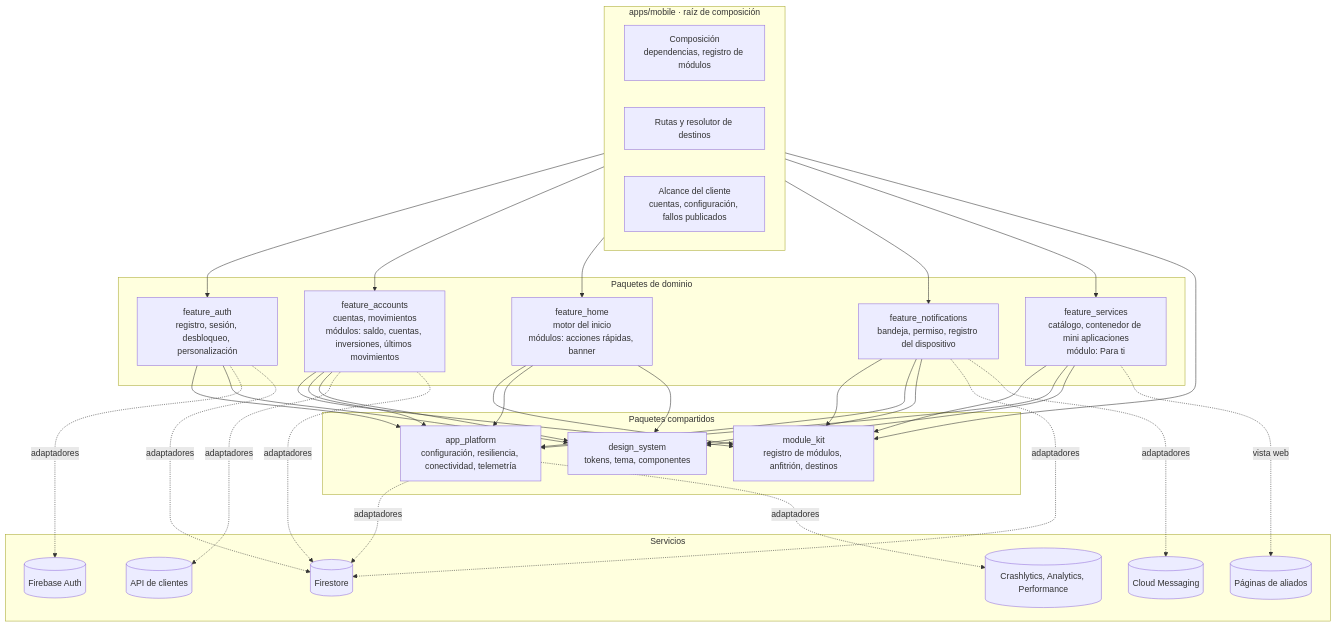
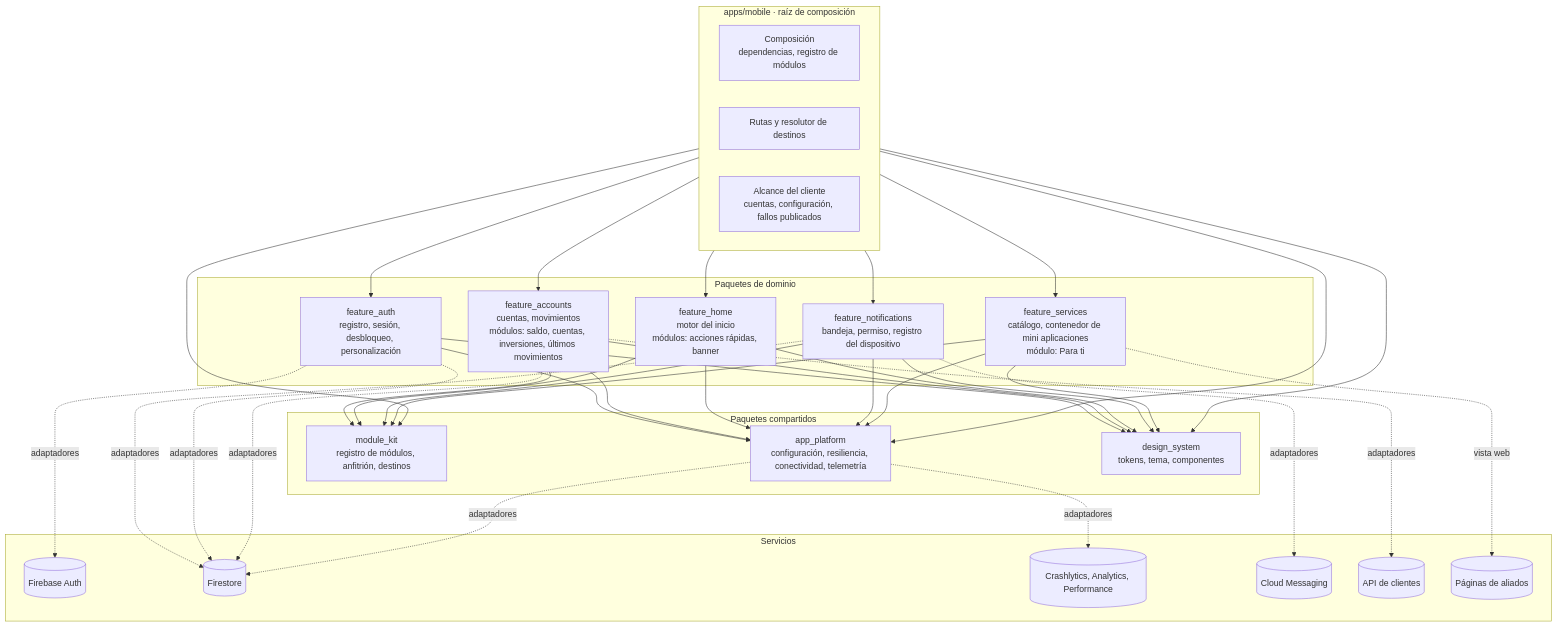
The first of 3 diagrams in docs/arquitectura/componentes.md (hveitia/flutter_senior_dev_challenge_bi), drawn with Mermaid before and after one commit. The commit also changed other lines of this file and 5 other files, not shown here.

Commit message:
docs: add the deployment strategy, the main flows, scope and risks, and the demo script

````diff
--- a/docs/arquitectura/componentes.md
+++ b/docs/arquitectura/componentes.md
@@ -7,63 +7,65 @@
 ```mermaid
 flowchart TB
   subgraph app[apps/mobile · raíz de composición]
     composicion[Composición<br/>dependencias, registro de módulos]
     rutas[Rutas y resolutor de destinos]
     alcance[Alcance del cliente<br/>cuentas, configuración, fallos publicados]
   end
 
   subgraph dominios[Paquetes de dominio]
     auth[feature_auth<br/>registro, sesión, desbloqueo, personalización]
     accounts[feature_accounts<br/>cuentas, movimientos<br/>módulos: saldo, cuentas, inversiones, últimos movimientos]
     home[feature_home<br/>motor del inicio<br/>módulos: acciones rápidas, banner]
     notifications[feature_notifications<br/>bandeja, permiso, registro del dispositivo]
     services[feature_services<br/>catálogo, contenedor de mini aplicaciones<br/>módulo: Para ti]
   end
 
   subgraph base[Paquetes compartidos]
     kit[module_kit<br/>registro de módulos, anfitrión, destinos]
     platform[app_platform<br/>configuración, resiliencia, conectividad, telemetría]
     ds[design_system<br/>tokens, tema, componentes]
   end
 
   subgraph externos[Servicios]
     fauth[(Firebase Auth)]
     fs[(Firestore)]
     obs[(Crashlytics, Analytics, Performance)]
     fcm[(Cloud Messaging)]
     api[(API de clientes)]
     aliados[(Páginas de aliados)]
   end
 
   app --> auth
   app --> accounts
   app --> home
   app --> notifications
   app --> services
   app --> kit
+  app --> platform
+  app --> ds
 
   auth --> platform
   auth --> ds
   accounts --> kit
   accounts --> platform
   accounts --> ds
   home --> kit
   home --> platform
   home --> ds
   notifications --> kit
   notifications --> platform
   notifications --> ds
   services --> kit
   services --> platform
   services --> ds
 
   accounts -. adaptadores .-> api
   notifications -. adaptadores .-> fs
   notifications -. adaptadores .-> fcm
   services -. vista web .-> aliados
   auth -. adaptadores .-> fauth
   auth -. adaptadores .-> fs
   accounts -. adaptadores .-> fs
   platform -. adaptadores .-> fs
   platform -. adaptadores .-> obs
 ```
````
